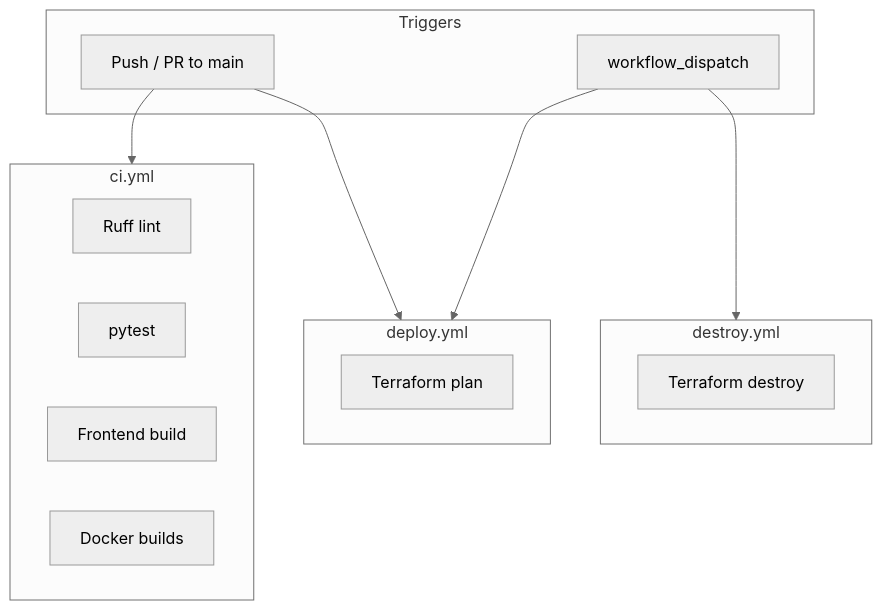
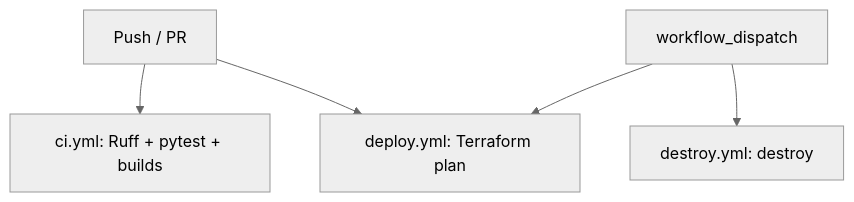
The diagram in README.md (bjslusher/pharmacy-ai-assistant), drawn with Mermaid (neutral theme) before and after one commit. The commit also changed other lines of this file and 1 other file, not shown here.

````diff
--- a/README.md
+++ b/README.md
@@ -206,23 +151,7 @@
 ```mermaid
 flowchart TB
-  subgraph triggers [Triggers]
-    Push[Push / PR to main]
-    Manual[workflow_dispatch]
-  end
-  subgraph ci [ci.yml]
-    Ruff[Ruff lint]
-    Py[pytest]
-    FE[Frontend build]
-    Dk[Docker builds]
-  end
-  subgraph deploy [deploy.yml]
-    Plan[Terraform plan]
-  end
-  subgraph destroy [destroy.yml]
-    Destroy[Terraform destroy]
-  end
-  Push --> ci
-  Push --> deploy
-  Manual --> deploy
-  Manual --> destroy
+  Push[Push / PR] --> CI[ci.yml: Ruff + pytest + builds]
+  Push --> Plan[deploy.yml: Terraform plan]
+  Manual[workflow_dispatch] --> Plan
+  Manual --> Destroy[destroy.yml: destroy]
 ```
````
